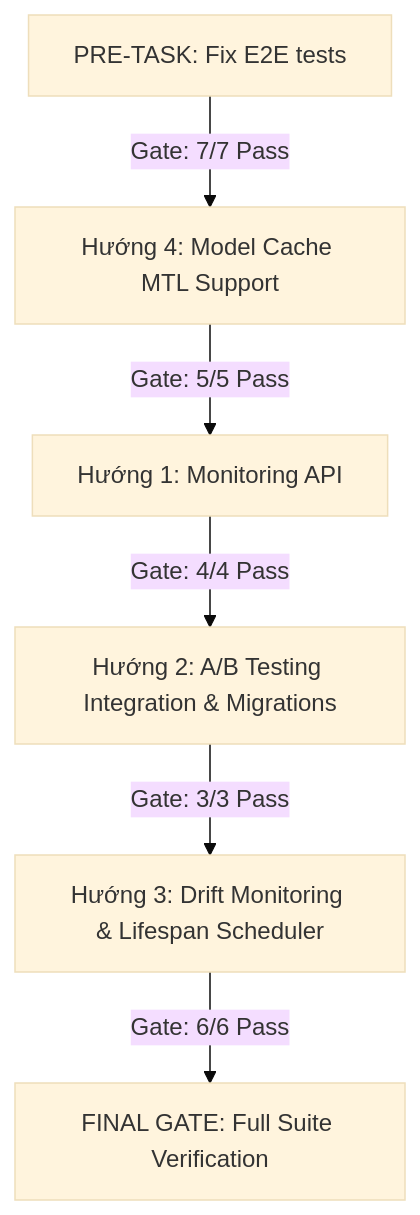
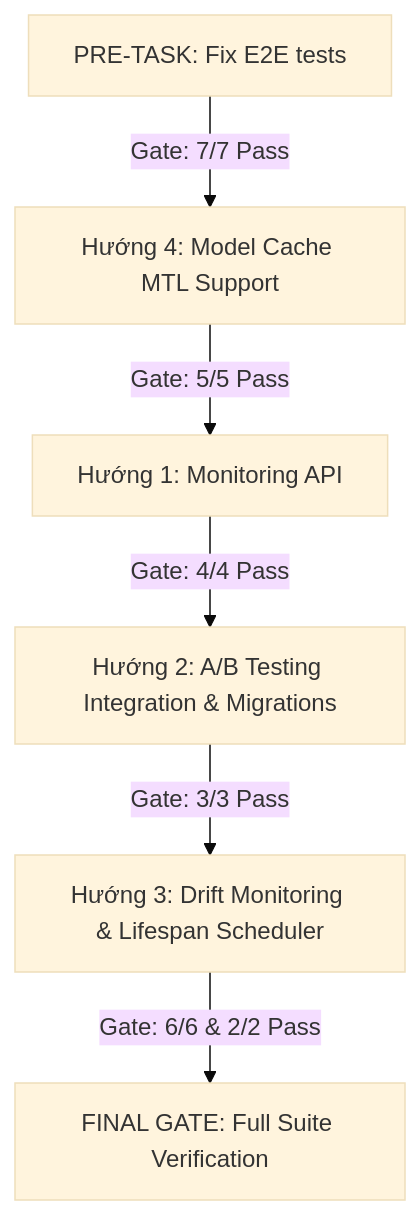
One commit to thanhtan2210/Scalable-Customer-Data-Platform-CDP changed the diagram in docs/phase3/phase3_completion_plan.md. Above: the diagram before and after it, drawn with Mermaid (base theme). The commit also changed other lines of this file, not shown here.

Commit message:
docs(phase3): finalize completion plan - inline PRE-TASK prompts, add inference storage tests, correct final gate count to 27/27

````diff
--- a/docs/phase3/phase3_completion_plan.md
+++ b/docs/phase3/phase3_completion_plan.md
@@ -9,8 +9,8 @@
 ```mermaid
 graph TD
     PRE[PRE-TASK: Fix E2E tests] -->|Gate: 7/7 Pass| H4[Hướng 4: Model Cache MTL Support]
     H4 -->|Gate: 5/5 Pass| H1[Hướng 1: Monitoring API]
     H1 -->|Gate: 4/4 Pass| H2[Hướng 2: A/B Testing Integration & Migrations]
     H2 -->|Gate: 3/3 Pass| H3[Hướng 3: Drift Monitoring & Lifespan Scheduler]
-    H3 -->|Gate: 6/6 Pass| FINAL[FINAL GATE: Full Suite Verification]
+    H3 -->|Gate: 6/6 & 2/2 Pass| FINAL[FINAL GATE: Full Suite Verification]
 ```
````
